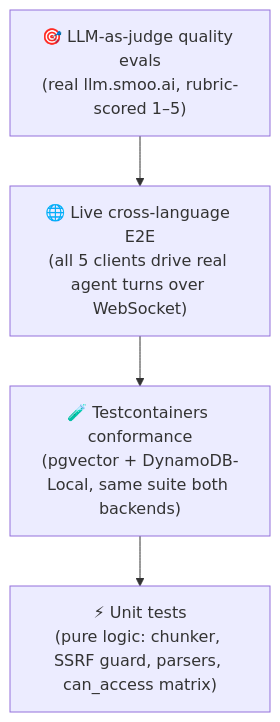
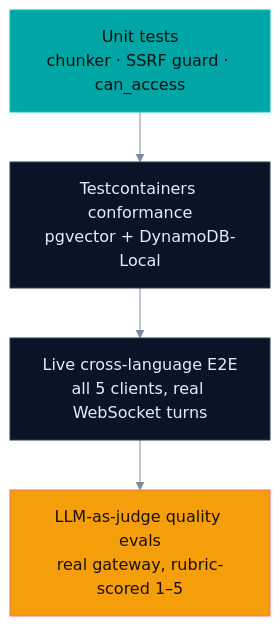
One commit to SmooAI/smooth-operator changed the fourth of 5 diagrams in README.md. Above: the diagram before and after it, drawn with Mermaid. The commit also changed other lines of this file and 8 other files, not shown here.

Commit message:
chore: glow up README + diagrams — hero banner, marketing callout (#6)

````diff
--- a/README.md
+++ b/README.md
@@ -239,8 +239,15 @@
 ```mermaid
+%%{init: {'theme':'base','themeVariables':{
+  'background':'#020618','primaryColor':'#0b1426','primaryTextColor':'#e6edf6','primaryBorderColor':'#2b3a52',
+  'lineColor':'#7c8aa0','secondaryColor':'#0b1426','tertiaryColor':'#0b1426','fontFamily':'ui-sans-serif, system-ui, sans-serif'}}}%%
 flowchart TD
-  J["🎯 LLM-as-judge quality evals<br/>(real llm.smoo.ai, rubric-scored 1–5)"]
-  E["🌐 Live cross-language E2E<br/>(all 5 clients drive real agent turns over WebSocket)"]
-  C["🧪 Testcontainers conformance<br/>(pgvector + DynamoDB-Local, same suite both backends)"]
-  U["⚡ Unit tests<br/>(pure logic: chunker, SSRF guard, parsers, can_access matrix)"]
-  J --> E --> C --> U
+  U["Unit tests<br/>chunker · SSRF guard · can_access"] --> C
+  C["Testcontainers conformance<br/>pgvector + DynamoDB-Local"] --> E
+  E["Live cross-language E2E<br/>all 5 clients, real WebSocket turns"] --> J
+  J["LLM-as-judge quality evals<br/>real gateway, rubric-scored 1–5"]
+
+  classDef warm fill:#f49f0a,stroke:#ff6b6c,color:#1a0f00;
+  classDef teal fill:#00a6a6,stroke:#00c2c2,color:#011;
+  class U teal
+  class J warm
 ```
````
